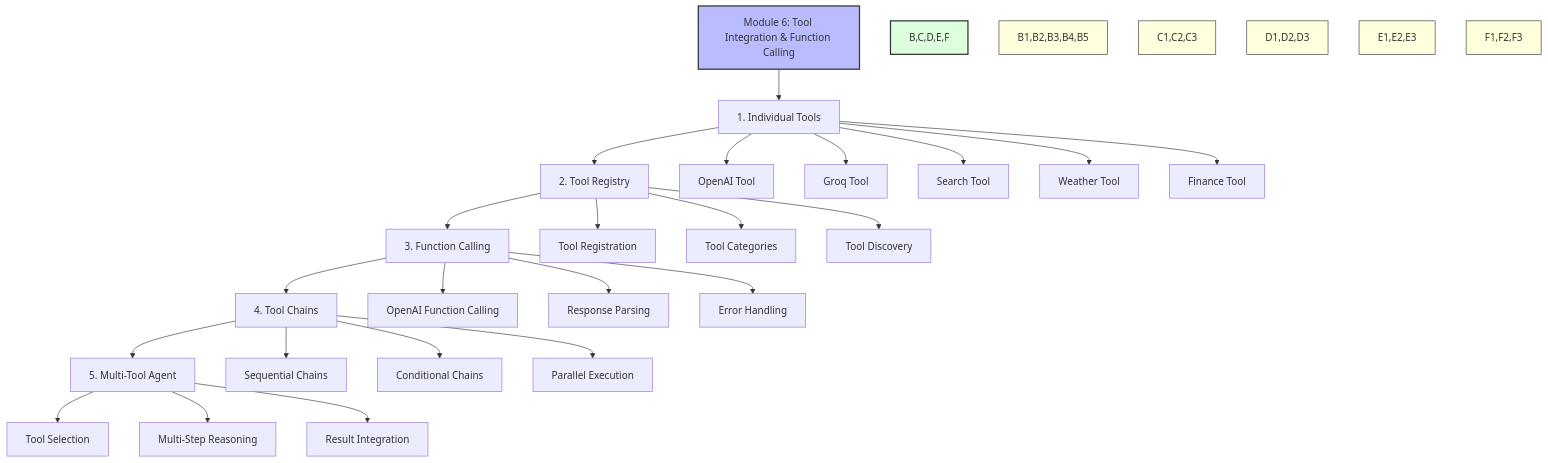
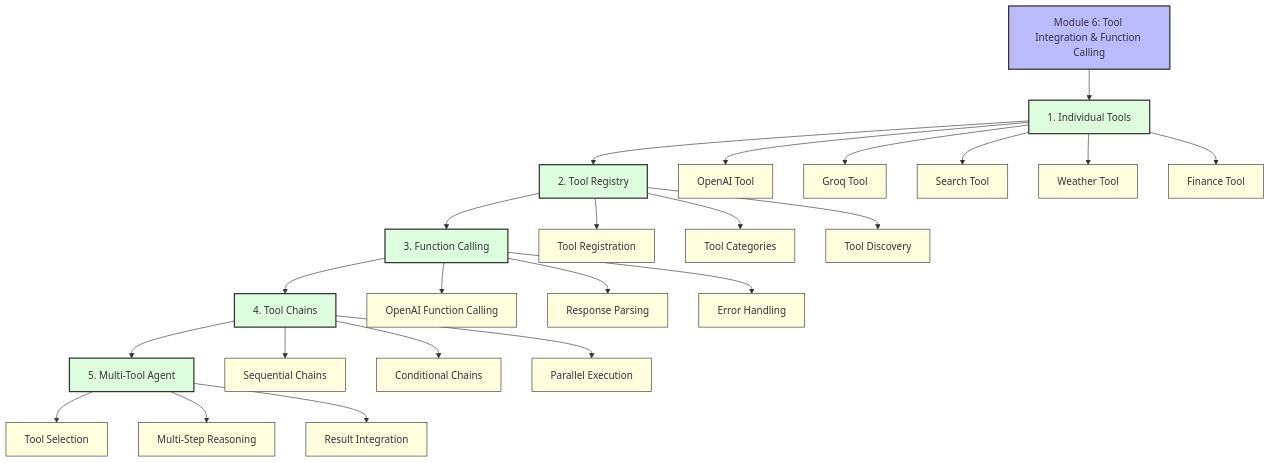
The first of 5 diagrams in module6/diagrams/module6_progressive_journey.md (amlanacharya/Agent), drawn with Mermaid before and after one commit. The commit also changed other lines of this file and 1 other file, not shown here.

````diff
--- a/module6/diagrams/module6_progressive_journey.md
+++ b/module6/diagrams/module6_progressive_journey.md
@@ -7,38 +7,38 @@
 ```mermaid
 flowchart TD
     A[Module 6: Tool Integration & Function Calling] --> B[1. Individual Tools]
     B --> C[2. Tool Registry]
     C --> D[3. Function Calling]
     D --> E[4. Tool Chains]
     E --> F[5. Multi-Tool Agent]
-    
+
     B --> B1[OpenAI Tool]
     B --> B2[Groq Tool]
     B --> B3[Search Tool]
     B --> B4[Weather Tool]
     B --> B5[Finance Tool]
-    
+
     C --> C1[Tool Registration]
     C --> C2[Tool Categories]
     C --> C3[Tool Discovery]
-    
+
     D --> D1[OpenAI Function Calling]
     D --> D2[Response Parsing]
     D --> D3[Error Handling]
-    
+
     E --> E1[Sequential Chains]
     E --> E2[Conditional Chains]
     E --> E3[Parallel Execution]
-    
+
     F --> F1[Tool Selection]
     F --> F2[Multi-Step Reasoning]
     F --> F3[Result Integration]
-    
-    style A fill:#bbf,stroke:#333,stroke-width:2px
-    style B,C,D,E,F fill:#dfd,stroke:#333,stroke-width:2px
-    style B1,B2,B3,B4,B5 fill:#ffd,stroke:#333,stroke-width:1px
-    style C1,C2,C3 fill:#ffd,stroke:#333,stroke-width:1px
-    style D1,D2,D3 fill:#ffd,stroke:#333,stroke-width:1px
-    style E1,E2,E3 fill:#ffd,stroke:#333,stroke-width:1px
-    style F1,F2,F3 fill:#ffd,stroke:#333,stroke-width:1px
+
+    classDef moduleNode fill:#bbf,stroke:#333,stroke-width:2px;
+    classDef phaseNode fill:#dfd,stroke:#333,stroke-width:2px;
+    classDef componentNode fill:#ffd,stroke:#333,stroke-width:1px;
+
+    class A moduleNode;
+    class B,C,D,E,F phaseNode;
+    class B1,B2,B3,B4,B5,C1,C2,C3,D1,D2,D3,E1,E2,E3,F1,F2,F3 componentNode;
 ```
````
